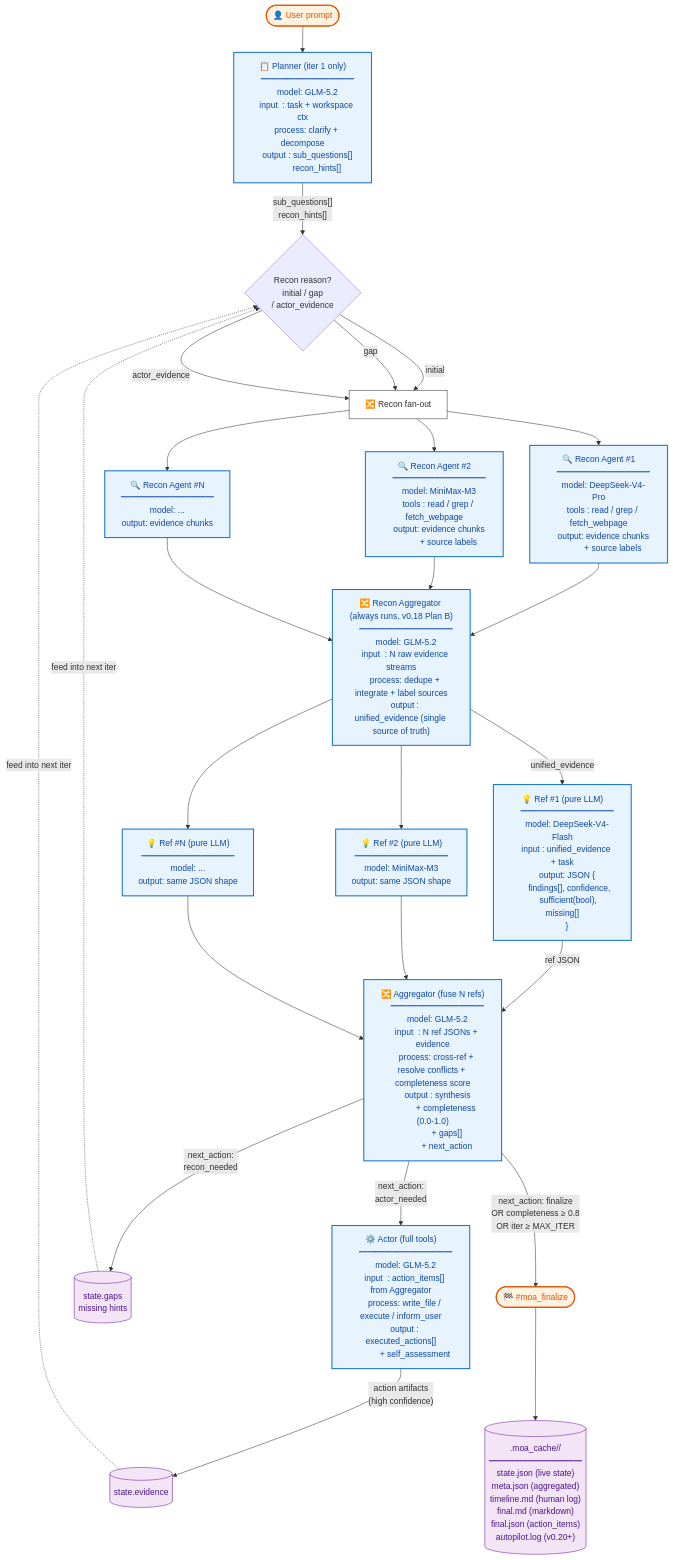
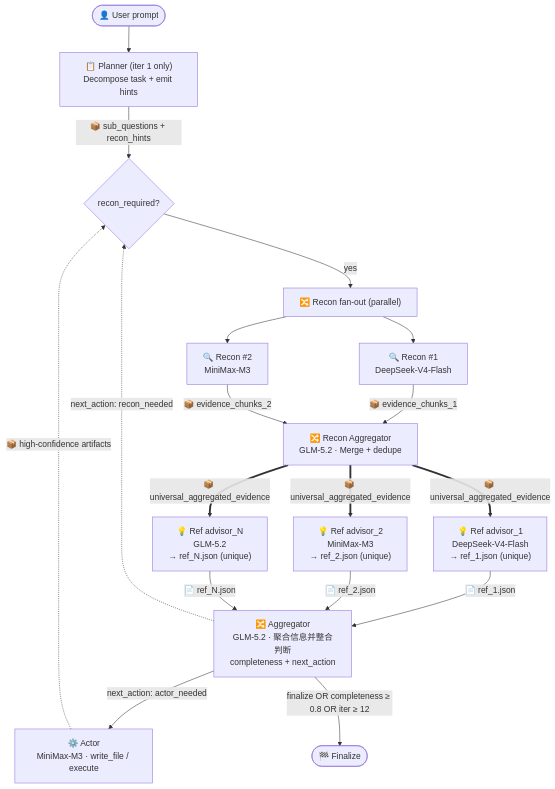
Before and after one commit to DDL095/vscode-moa: the diagram in README.md, drawn with Mermaid. The commit also changed other lines of this file and 10 other files, not shown here.

First line of the commit message:
v0.21.0: structured logs (I-2) + self-describing artifacts (IV-1) + pipeline architecture (IV-4) + README slim

````diff
--- a/README.md
+++ b/README.md
@@ -31,140 +29,33 @@
 ```mermaid
 flowchart TD
-    %% ━━ 阶段 0: 用户输入 ━━
-    U([👤 User prompt])
+    U([👤 User prompt]) --> P
+    P["📋 Planner (iter 1 only)<br/>Decompose task + emit hints"]
+    P -- "📦 sub_questions + recon_hints" --> RT{recon_required?}
 
-    %% ━━ 阶段 1: Planner（仅 iter 1） ━━
-    U --> P
-    P["📋 Planner (iter 1 only)
-    ━━━━━━━━━━━
-    model: GLM-5.2
-    input  : task + workspace ctx
-    process: clarify + decompose
-    output : sub_questions[]
-            recon_hints[]"]
+    RT -- yes --> R0["🔀 Recon fan-out (parallel)"]
+    R0 --> RA1["🔍 Recon #1<br/>DeepSeek-V4-Flash"]
+    R0 --> RA2["🔍 Recon #2<br/>MiniMax-M3"]
+    RA1 -- "📦 evidence_chunks_1" --> RAGG
+    RA2 -- "📦 evidence_chunks_2" --> RAGG
+    RAGG["🔀 Recon Aggregator<br/>GLM-5.2 · Merge + dedupe"]
 
-    %% ━━ 阶段 2: Recon fan-out ━━
-    P -->|"sub_questions[]
-            recon_hints[]"| R
-    R{"Recon reason?
-      initial / gap
-      / actor_evidence"}
-    R -->|"initial"| R0["🔀 Recon fan-out"]
-    R -->|"gap"| R0
-    R -->|"actor_evidence"| R0
+    RAGG == "📦 universal_aggregated_evidence" ==> REF1
+    RAGG == "📦 universal_aggregated_evidence" ==> REF2
+    RAGG == "📦 universal_aggregated_evidence" ==> REF3
+    REF1["💡 Ref advisor_1<br/>DeepSeek-V4-Flash<br/>→ ref_1.json (unique)"]
+    REF2["💡 Ref advisor_2<br/>MiniMax-M3<br/>→ ref_2.json (unique)"]
+    REF3["💡 Ref advisor_N<br/>GLM-5.2<br/>→ ref_N.json (unique)"]
 
-    R0 --> RA1
-    R0 --> RA2
-    R0 --> RA3
+    REF1 -- "📄 ref_1.json" --> A
+    REF2 -- "📄 ref_2.json" --> A
+    REF3 -- "📄 ref_N.json" --> A
+    A["🔀 Aggregator<br/>GLM-5.2 · 聚合信息并整合判断<br/>completeness + next_action"]
 
-    RA1["🔍 Recon Agent #1
-    ━━━━━━━━━━━
-    model: DeepSeek-V4-Pro
-    tools : read / grep / fetch_webpage
-    output: evidence chunks
-            + source labels"]
-    RA2["🔍 Recon Agent #2
-    ━━━━━━━━━━━
-    model: MiniMax-M3
-    tools : read / grep / fetch_webpage
-    output: evidence chunks
-            + source labels"]
-    RA3["🔍 Recon Agent #N
-    ━━━━━━━━━━━
-    model: ...
-    output: evidence chunks"]
+    A -- "next_action: actor_needed" --> AC
+    AC["⚙️ Actor<br/>MiniMax-M3 · write_file / execute"]
+    AC -. "📦 high-confidence artifacts" .-> RT
 
-    %% ━━ Recon Aggregator (Plan B, v0.18) ━━
-    RA1 --> AGG
-    RA2 --> AGG
-    RA3 --> AGG
+    A -. "next_action: recon_needed" .-> RT
 
-    AGG["🔀 Recon Aggregator (always runs, v0.18 Plan B)
-    ━━━━━━━━━━━
-    model: GLM-5.2
-    input  : N raw evidence streams
-    process: dedupe + integrate + label sources
-    output : unified_evidence (single source of truth)"]
-
-    %% ━━ 阶段 3: Refs fan-out (pure LLM) ━━
-    AGG -->|"unified_evidence"| REF1
-    AGG --> REF2
-    AGG --> REF3
-
-    REF1["💡 Ref #1 (pure LLM)
-    ━━━━━━━━━━━
-    model: DeepSeek-V4-Flash
-    input : unified_evidence + task
-    output: JSON {
-      findings[], confidence,
-      sufficient(bool), missing[]
-    }"]
-    REF2["💡 Ref #2 (pure LLM)
-    ━━━━━━━━━━━
-    model: MiniMax-M3
-    output: same JSON shape"]
-    REF3["💡 Ref #N (pure LLM)
-    ━━━━━━━━━━━
-    model: ...
-    output: same JSON shape"]
-
-    %% ━━ 阶段 4: Aggregator (fuse N refs) ━━
-    REF1 -->|"ref JSON"| A
-    REF2 --> A
-    REF3 --> A
-
-    A["🔀 Aggregator (fuse N refs)
-    ━━━━━━━━━━━
-    model: GLM-5.2
-    input  : N ref JSONs + evidence
-    process: cross-ref + resolve conflicts + completeness score
-    output : synthesis
-            + completeness (0.0-1.0)
-            + gaps[]
-            + next_action"]
-
-    %% ━━ 阶段 5: Actor 或 finalize 或 loop ━━
-    A -->|"next_action:
-            actor_needed"| AC
-    AC["⚙️ Actor (full tools)
-    ━━━━━━━━━━━
-    model: GLM-5.2
-    input  : action_items[] from Aggregator
-    process: write_file / execute / inform_user
-    output : executed_actions[]
-            + self_assessment"]
-
-    AC -->|"action artifacts
-            (high confidence)"| EV
-    EV[("state.evidence")]
-    EV -.->|"feed into next iter"| R
-
-    A -->|"next_action:
-            recon_needed"| G[("state.gaps
-            missing hints")]
-    G -.->|"feed into next iter"| R
-
-    A -->|"next_action: finalize
-            OR completeness ≥ 0.8
-            OR iter ≥ MAX_ITER"| F([🏁 #moa_finalize])
-    F --> CACHE
-
-    CACHE[(".moa_cache/<task_id>/
-    ━━━━━━━━━━━
-    state.json  (live state)
-    meta.json   (aggregated)
-    timeline.md (human log)
-    final.md    (markdown)
-    final.json  (action_items)
-    autopilot.log (v0.20+)")]
-
-    %% ━━ 样式 ━━
-    classDef plain fill:#fff,stroke:#333,stroke-width:1px
-    classDef role fill:#e8f4fd,stroke:#1976d2,stroke-width:2px,color:#0d47a1
-    classDef terminal fill:#fff3e0,stroke:#e65100,stroke-width:2px,color:#e65100
-    classDef store fill:#f3e5f5,stroke:#6a1b9a,stroke-width:1px,color:#4a148c
-    class P,RA1,RA2,RA3,AGG,REF1,REF2,REF3,A,AC role
-    class U,F terminal
-    class EV,G,CACHE store
-    class R0 plain
+    A -- "finalize OR completeness ≥ 0.8 OR iter ≥ 12" --> F([🏁 Finalize])
 ```
````
